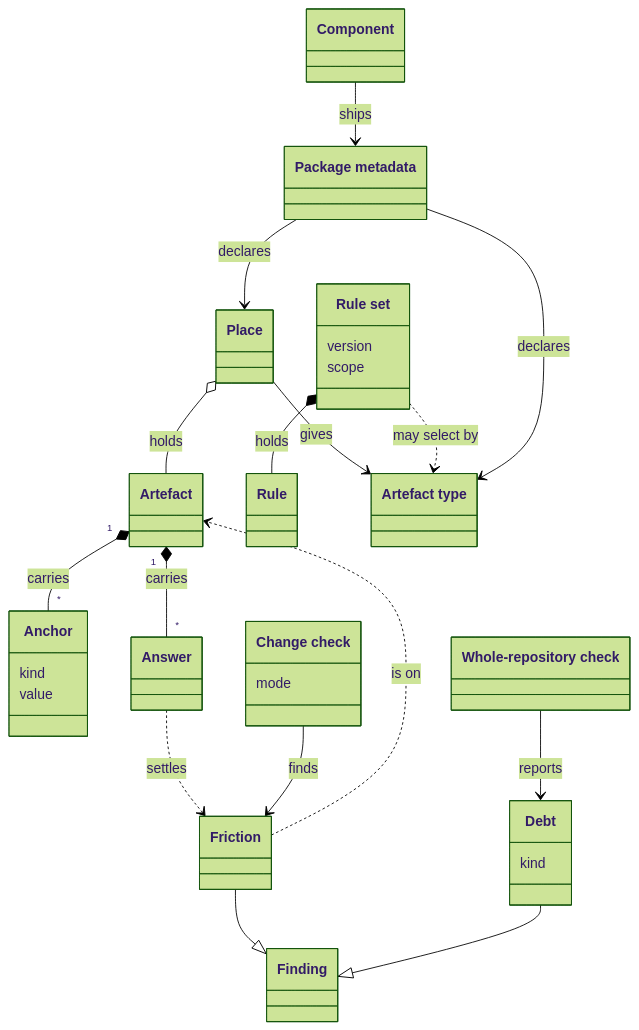
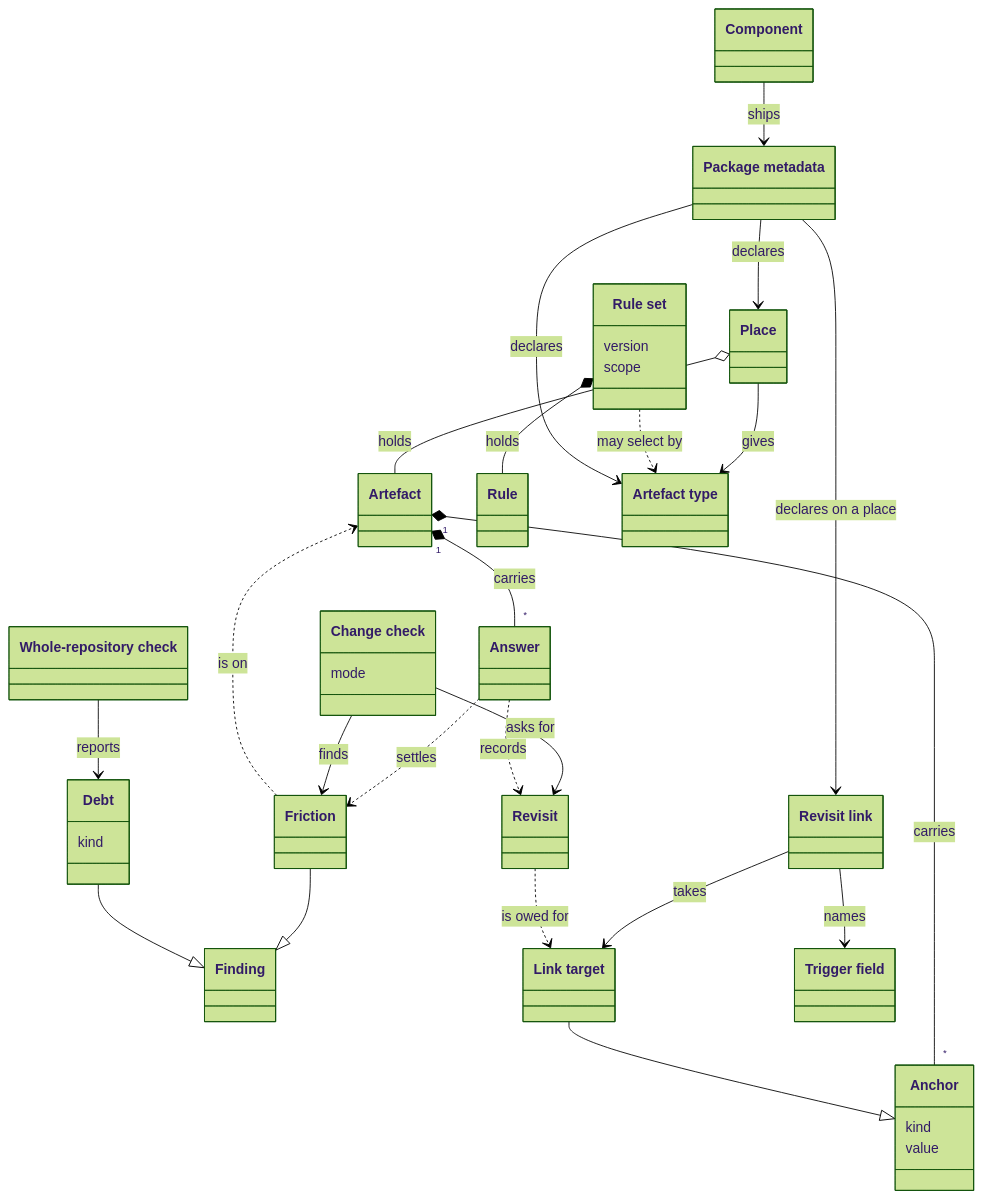
One commit to aleskalfas/project-kit changed the first of 3 diagrams in tech-docs/analysis/core/domain-model/070-artefacts-and-friction.md. Above: the diagram before and after it, drawn with Mermaid (forest theme). The commit also changed other lines of this file and 1 other file, not shown here.

First line of the commit message:
docs(analysis): the core's glossary defines revisit, revisit link, link target and trigger field

````diff
--- a/tech-docs/analysis/core/domain-model/070-artefacts-and-friction.md
+++ b/tech-docs/analysis/core/domain-model/070-artefacts-and-friction.md
@@ -64,40 +74,51 @@
 ```mermaid
 classDiagram
   accTitle: Artefacts and friction
-  accDescr: A place holds artefacts, and gives most of them their artefact type. An artefact carries its anchors and its answers. Friction is a finding on an artefact, and a revalidation or a deferral, which are answers, settles it. The change check finds friction. The whole-repository check reports debt, which is a finding too. A rule set holds rules, and selects artefacts by artefact type. A component ships package metadata, which declares its places and its artefact types.
+  accDescr: A place holds artefacts, and gives most of them their artefact type. An artefact carries its anchors and its answers. Friction is a finding on an artefact, and a revalidation or a deferral, which are answers, settles it. The change check finds friction. The whole-repository check reports debt, which is a finding too. Package metadata declares revisit links on places. A revisit link names trigger fields and takes link targets, which are anchors. The change check asks for a revisit of each link target, and an answer may record it. A rule set holds rules, and selects artefacts by artefact type. A component ships package metadata, which declares its places and its artefact types.
   class Place["Place"]
   class Artefact["Artefact"]
   class Anchor["Anchor"]
   Anchor : kind
   Anchor : value
   class Answer["Answer"]
   class Friction["Friction"]
   class Finding["Finding"]
   class ChangeCheck["Change check"]
   ChangeCheck : mode
   class WholeRepositoryCheck["Whole-repository check"]
   class Debt["Debt"]
   Debt : kind
+  class RevisitLink["Revisit link"]
+  class LinkTarget["Link target"]
+  class TriggerField["Trigger field"]
+  class Revisit["Revisit"]
   class RuleSet["Rule set"]
   RuleSet : version
   RuleSet : scope
   class Rule["Rule"]
   class ArtefactType["Artefact type"]
   class PackageMetadata["Package metadata"]
   class Component["Component"]
   Place o-- Artefact : holds
   Place --> ArtefactType : gives
   Artefact "1" *-- "*" Anchor : carries
   Artefact "1" *-- "*" Answer : carries
   Friction --|> Finding
   Friction ..> Artefact : is on
   Answer ..> Friction : settles
   ChangeCheck --> Friction : finds
   WholeRepositoryCheck --> Debt : reports
   Debt --|> Finding
+  PackageMetadata --> RevisitLink : declares on a place
+  RevisitLink --> TriggerField : names
+  RevisitLink --> LinkTarget : takes
+  LinkTarget --|> Anchor
+  ChangeCheck --> Revisit : asks for
+  Revisit ..> LinkTarget : is owed for
+  Answer ..> Revisit : records
   RuleSet *-- Rule : holds
   RuleSet ..> ArtefactType : may select by
   Component --> PackageMetadata : ships
   PackageMetadata --> Place : declares
   PackageMetadata --> ArtefactType : declares
 ```
````
